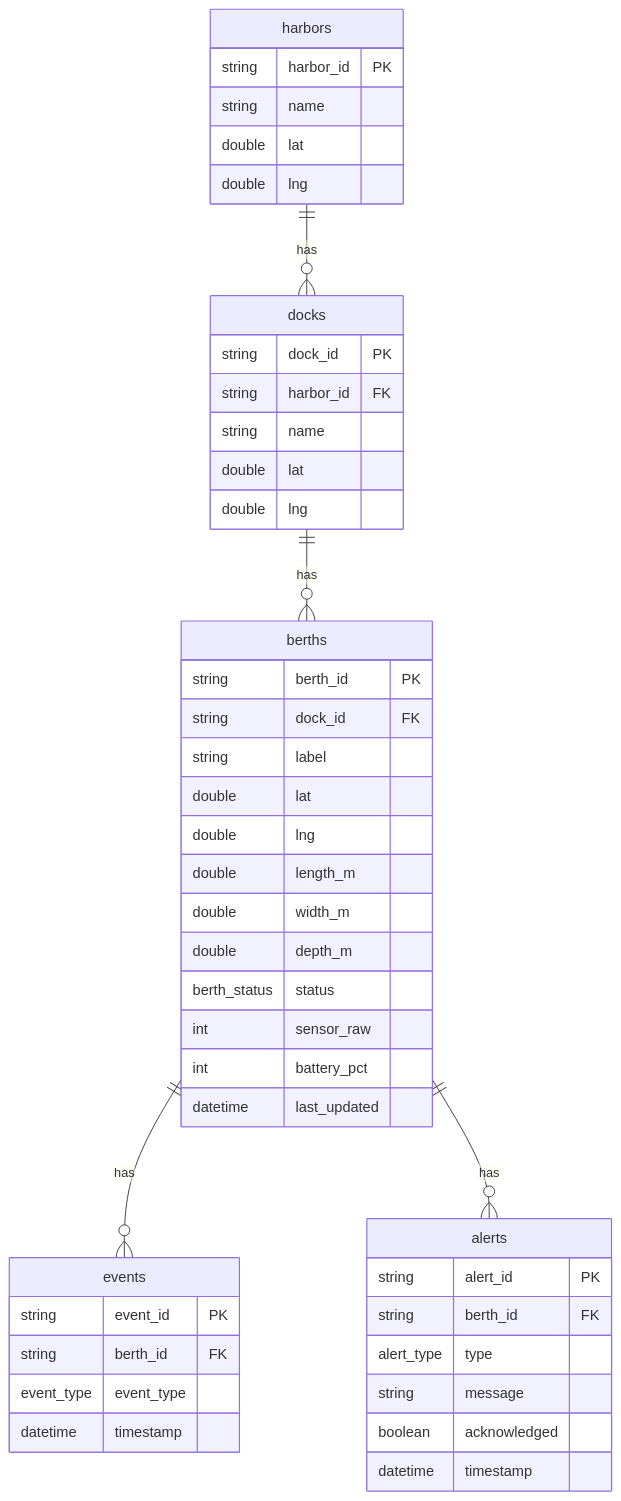
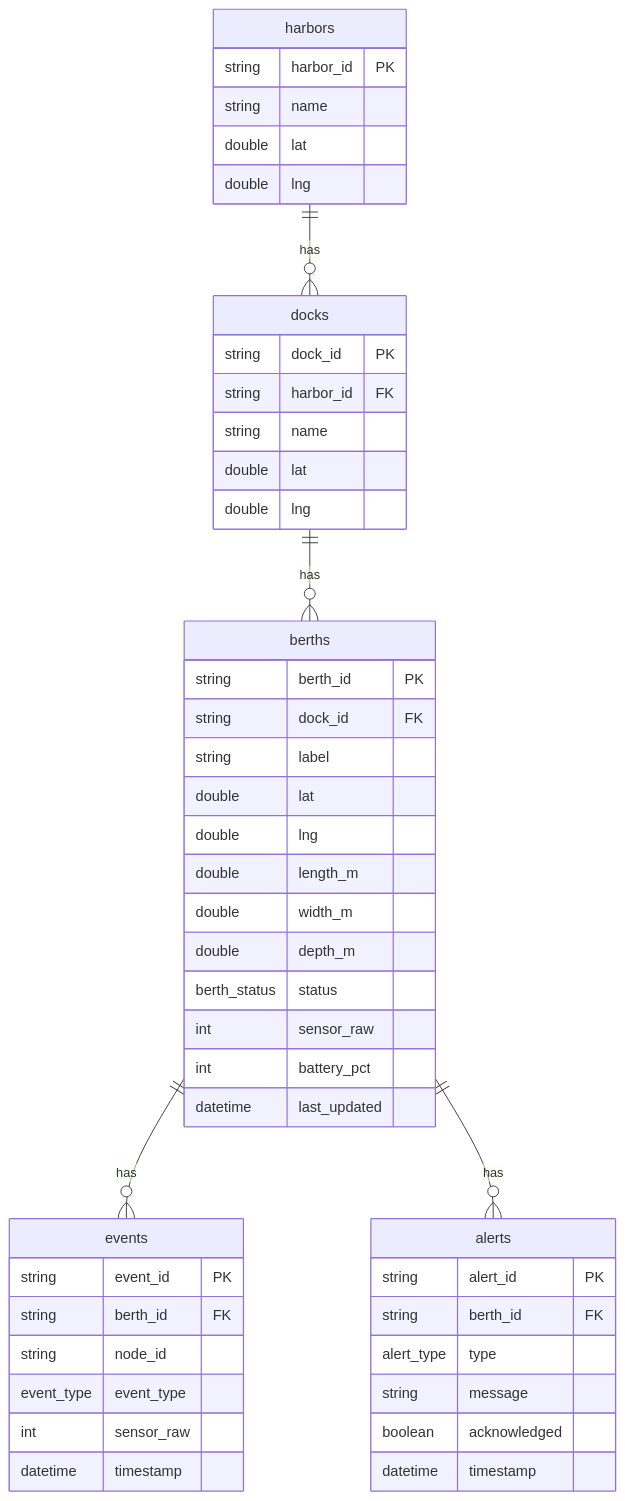
The diagram in docs/db-diagram.md (II1302-8/dockpulse), drawn with Mermaid before and after one commit. The commit also changed 1 other file, not shown here.

Commit message:
Updated API spec to better reflect the incoming data from MQTT

````diff
--- a/docs/db-diagram.md
+++ b/docs/db-diagram.md
@@ -3,53 +3,55 @@
 ```mermaid
 erDiagram
     harbors {
         string harbor_id PK
         string name
         double lat
         double lng
     }
 
     docks {
         string dock_id PK
         string harbor_id FK
         string name
         double lat
         double lng
     }
 
     berths {
         string berth_id PK
         string dock_id FK
         string label
         double lat
         double lng
         double length_m
         double width_m
         double depth_m
         berth_status status
         int sensor_raw
         int battery_pct
         datetime last_updated
     }
 
     events {
         string event_id PK
         string berth_id FK
+        string node_id
         event_type event_type
+        int sensor_raw
         datetime timestamp
     }
 
     alerts {
         string alert_id PK
         string berth_id FK
         alert_type type
         string message
         boolean acknowledged
         datetime timestamp
     }
 
     harbors ||--o{ docks : "has"
     docks ||--o{ berths : "has"
     berths ||--o{ events : "has"
     berths ||--o{ alerts : "has"
 ```
````
